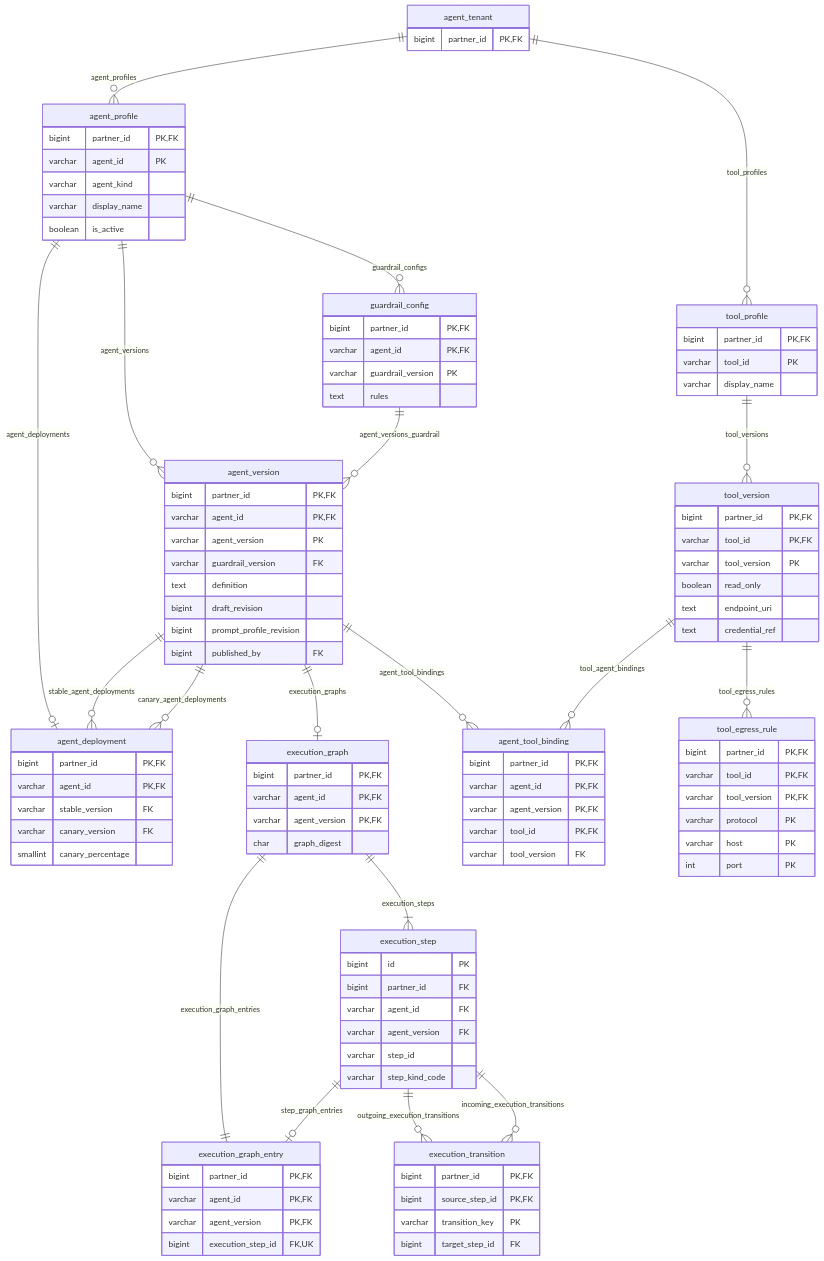
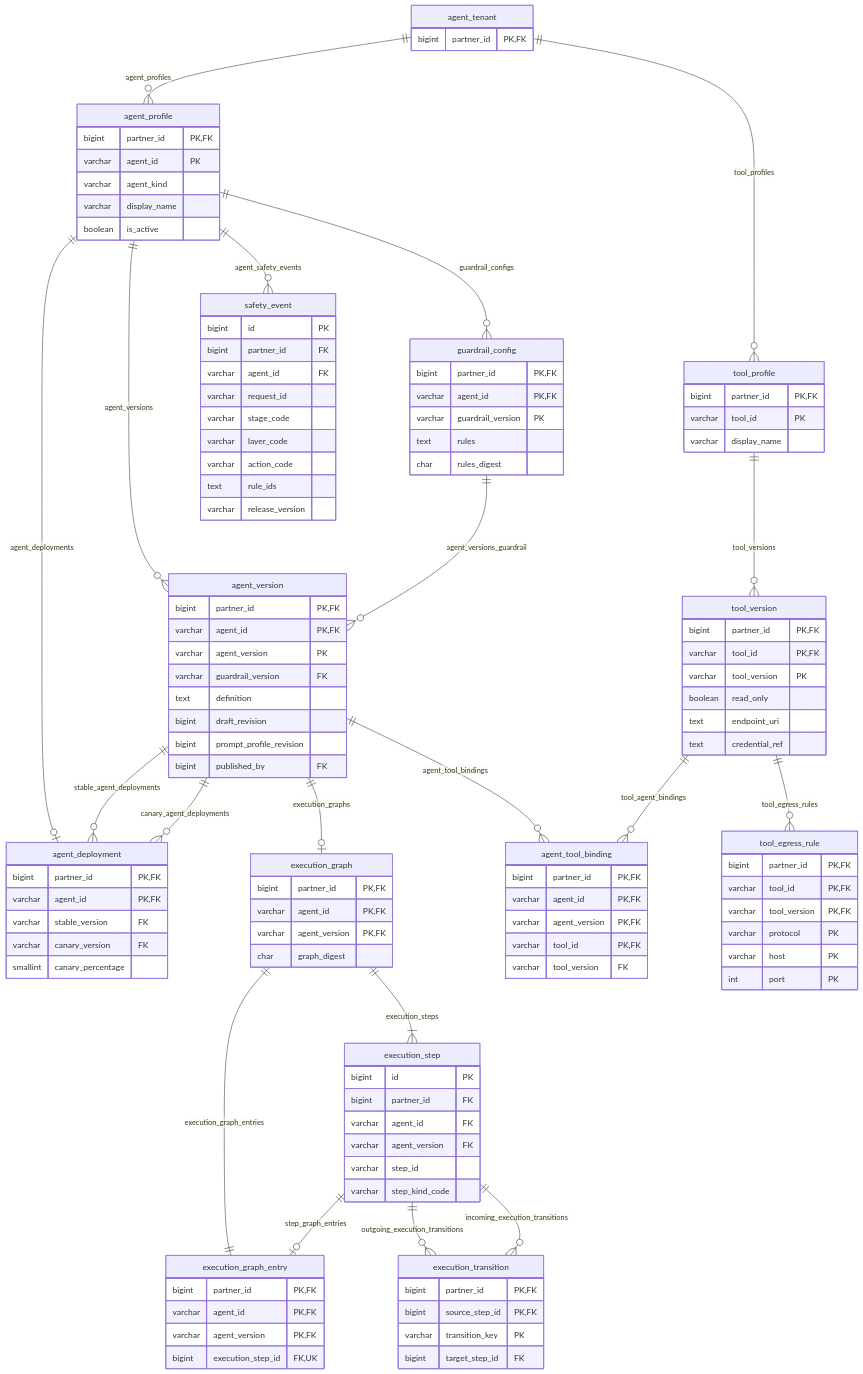
Before and after one commit to nauticana/scout: the fourth of 19 diagrams in doc/database.md, drawn with Mermaid. The commit also changed other lines of this file and 243 other files, not shown here.

```diff
--- a/doc/database.md
+++ b/doc/database.md
@@ -513,6 +544,7 @@
     agent_tenant ||--o{ agent_profile : agent_profiles
     agent_tenant ||--o{ tool_profile : tool_profiles
     agent_profile ||--o{ guardrail_config : guardrail_configs
+    agent_profile ||--o{ safety_event : agent_safety_events
     agent_profile ||--o{ agent_version : agent_versions
     guardrail_config ||--o{ agent_version : agent_versions_guardrail
     agent_profile ||--o| agent_deployment : agent_deployments
@@ -544,6 +576,18 @@
         varchar agent_id PK,FK
         varchar guardrail_version PK
         text rules
+        char rules_digest
+    }
+    safety_event {
+        bigint id PK
+        bigint partner_id FK
+        varchar agent_id FK
+        varchar request_id
+        varchar stage_code
+        varchar layer_code
+        varchar action_code
+        text rule_ids
+        varchar release_version
     }
     agent_version {
         bigint partner_id PK,FK
```
